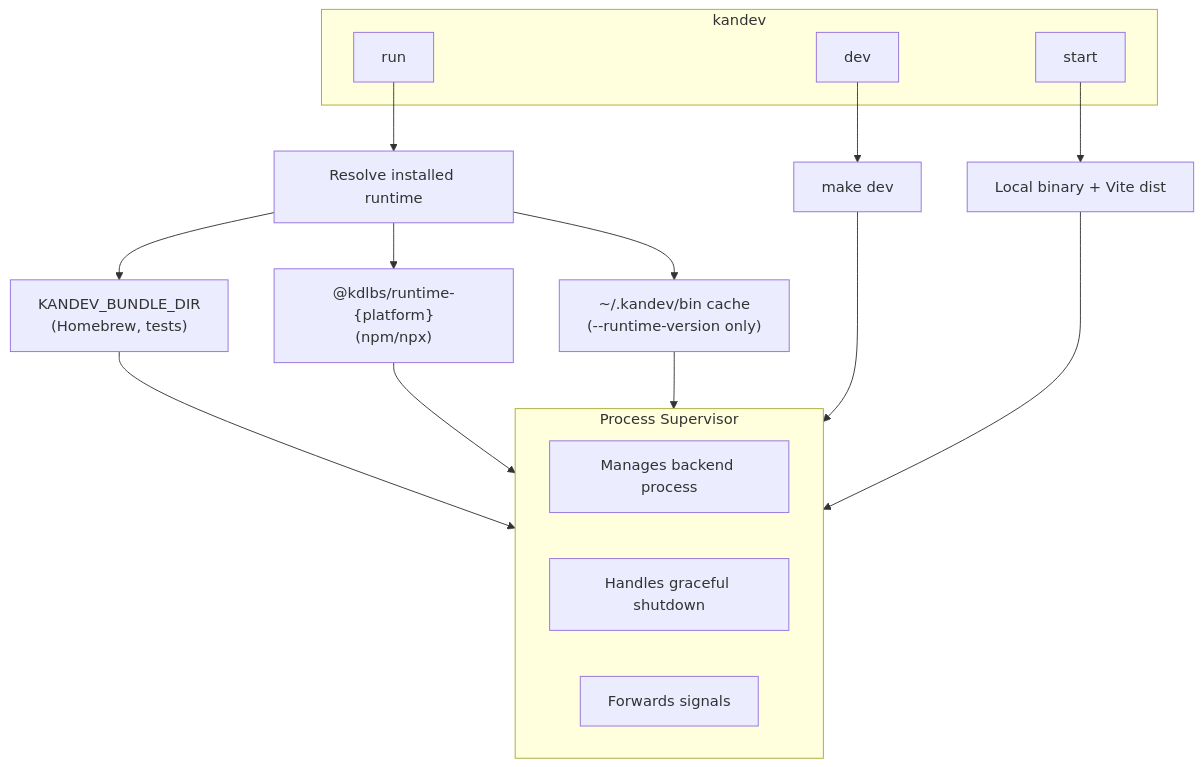
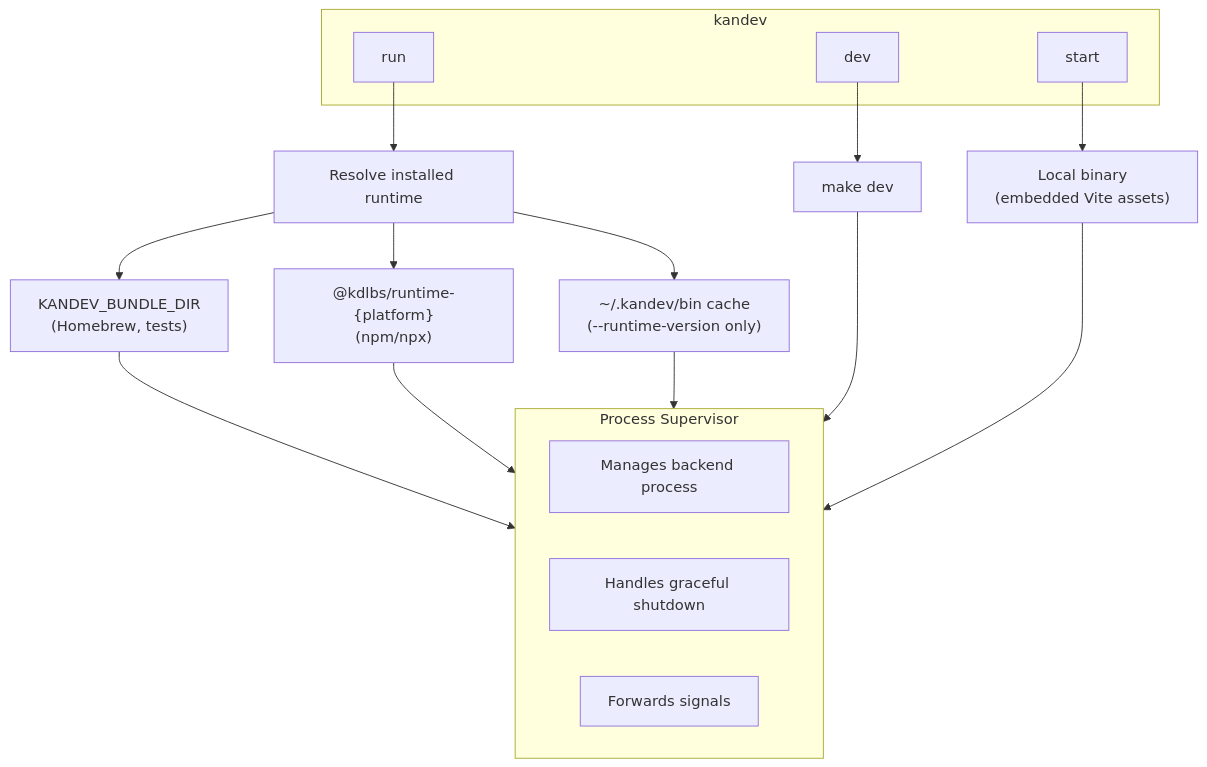
One commit to kdlbs/kandev changed the diagram in docs/cli.md. Above: the diagram before and after it, drawn with Mermaid. The commit also changed other lines of this file and 61 other files, not shown here.

````diff
--- a/docs/cli.md
+++ b/docs/cli.md
@@ -5,29 +5,29 @@
 ```mermaid
 flowchart TB
     subgraph CLI["kandev"]
         run["run"]
         dev["dev"]
         start["start"]
     end
 
     run --> resolve["Resolve installed runtime"]
     dev --> makedev["make dev"]
-    start --> binary["Local binary + Vite dist"]
+    start --> binary["Local binary<br/>(embedded Vite assets)"]
 
     resolve --> envvar["KANDEV_BUNDLE_DIR<br/>(Homebrew, tests)"]
     resolve --> npmpkg["@kdlbs/runtime-{platform}<br/>(npm/npx)"]
     resolve --> cache["~/.kandev/bin cache<br/>(--runtime-version only)"]
 
     envvar --> supervisor
     npmpkg --> supervisor
     cache --> supervisor
     makedev --> supervisor
     binary --> supervisor
 
     subgraph supervisor["Process Supervisor"]
         direction LR
         s1["Manages backend process"]
         s2["Handles graceful shutdown"]
         s3["Forwards signals"]
     end
 ```
````
